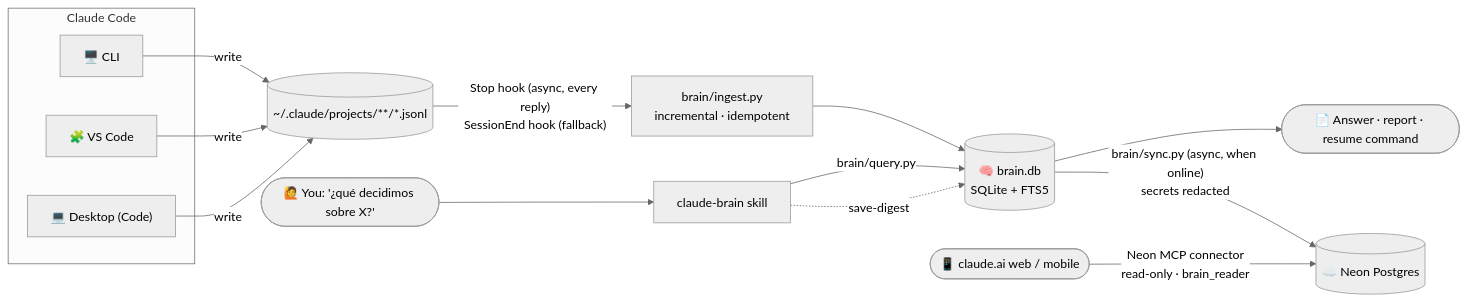
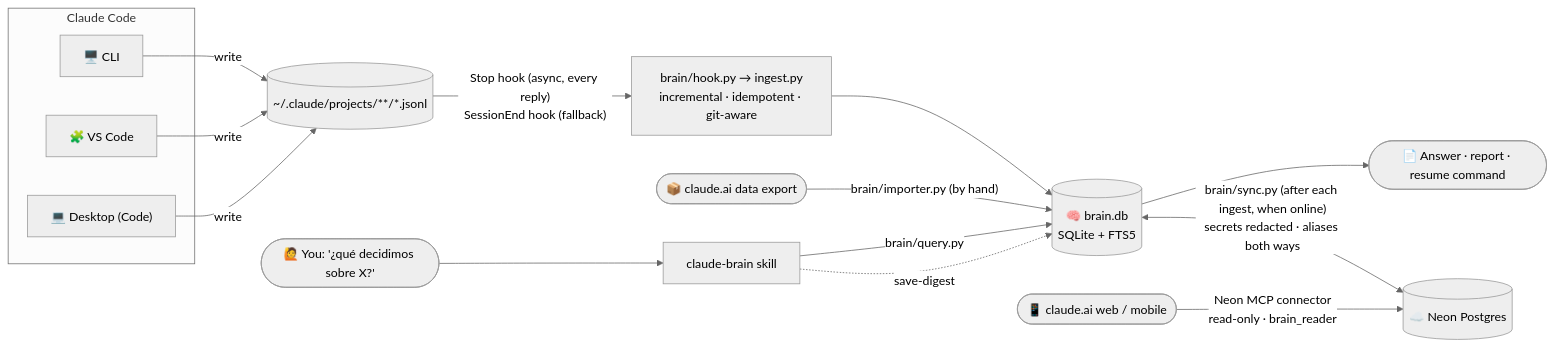
Before and after one commit to aavzpy2023/ClaudeBrain: the first of 2 diagrams in README.md, drawn with Mermaid (neutral theme). The commit also changed other lines of this file, not shown here.

Commit message:
README: diagram, data model and update flow match hook.py, importer and git-aware projects

````diff
--- a/README.md
+++ b/README.md
@@ -61,21 +61,22 @@
 ```mermaid
 flowchart LR
     subgraph Surfaces["Claude Code"]
         CLI["🖥️ CLI"]
         VS["🧩 VS Code"]
         DK["💻 Desktop (Code)"]
     end
 
     CLI & VS & DK -->|write| JSONL[("~/.claude/projects/**/*.jsonl")]
 
-    JSONL -->|"Stop hook (async, every reply)<br/>SessionEnd hook (fallback)"| ING["brain/ingest.py<br/>incremental · idempotent"]
+    JSONL -->|"Stop hook (async, every reply)<br/>SessionEnd hook (fallback)"| ING["brain/hook.py → ingest.py<br/>incremental · idempotent · git-aware"]
     ING --> DB[("🧠 brain.db<br/>SQLite + FTS5")]
+    EXPORT(["📦 claude.ai data export"]) -->|"brain/importer.py (by hand)"| DB
 
     YOU(["🙋 You: '¿qué decidimos sobre X?'"]) --> SKILL["claude-brain skill"]
     SKILL -->|"brain/query.py"| DB
     DB --> ANS(["📄 Answer · report · resume command"])
     SKILL -.->|save-digest| DB
 
-    DB -->|"brain/sync.py (async, when online)<br/>secrets redacted"| NEON[("☁️ Neon Postgres")]
+    DB <-->|"brain/sync.py (after each ingest, when online)<br/>secrets redacted · aliases both ways"| NEON[("☁️ Neon Postgres")]
     PHONE(["📱 claude.ai web / mobile"]) -->|"Neon MCP connector<br/>read-only · brain_reader"| NEON
 ```
````
